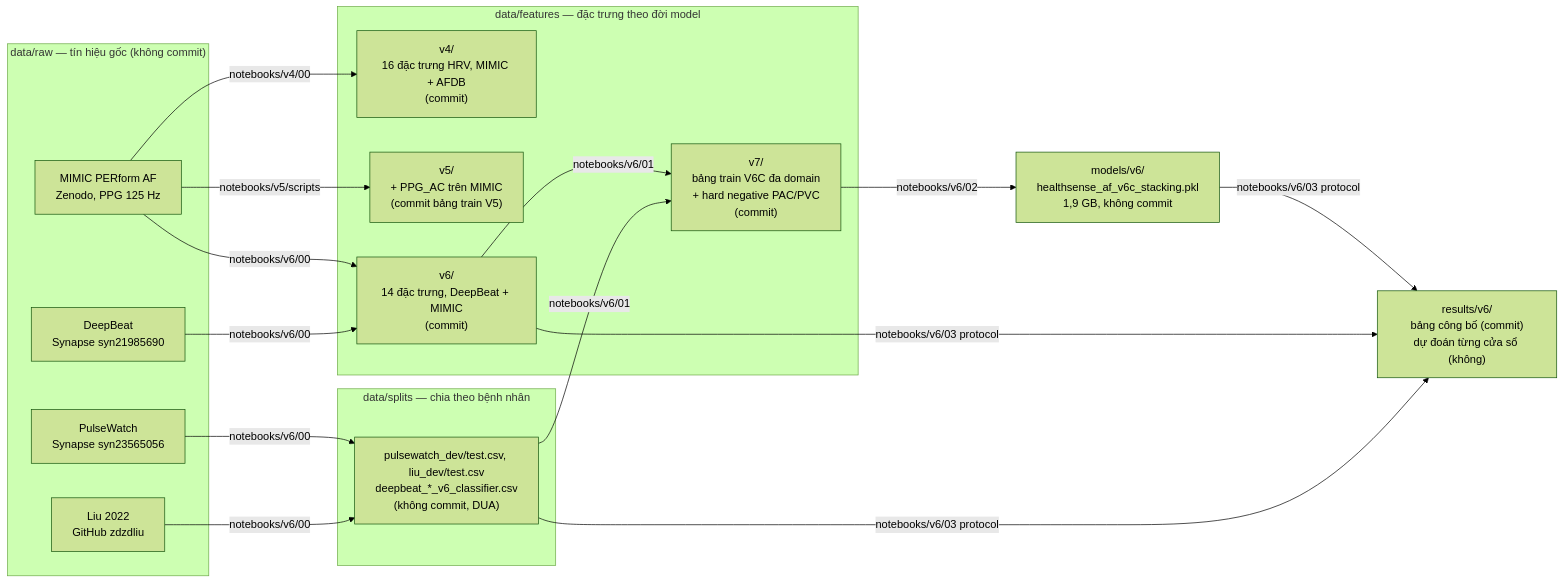
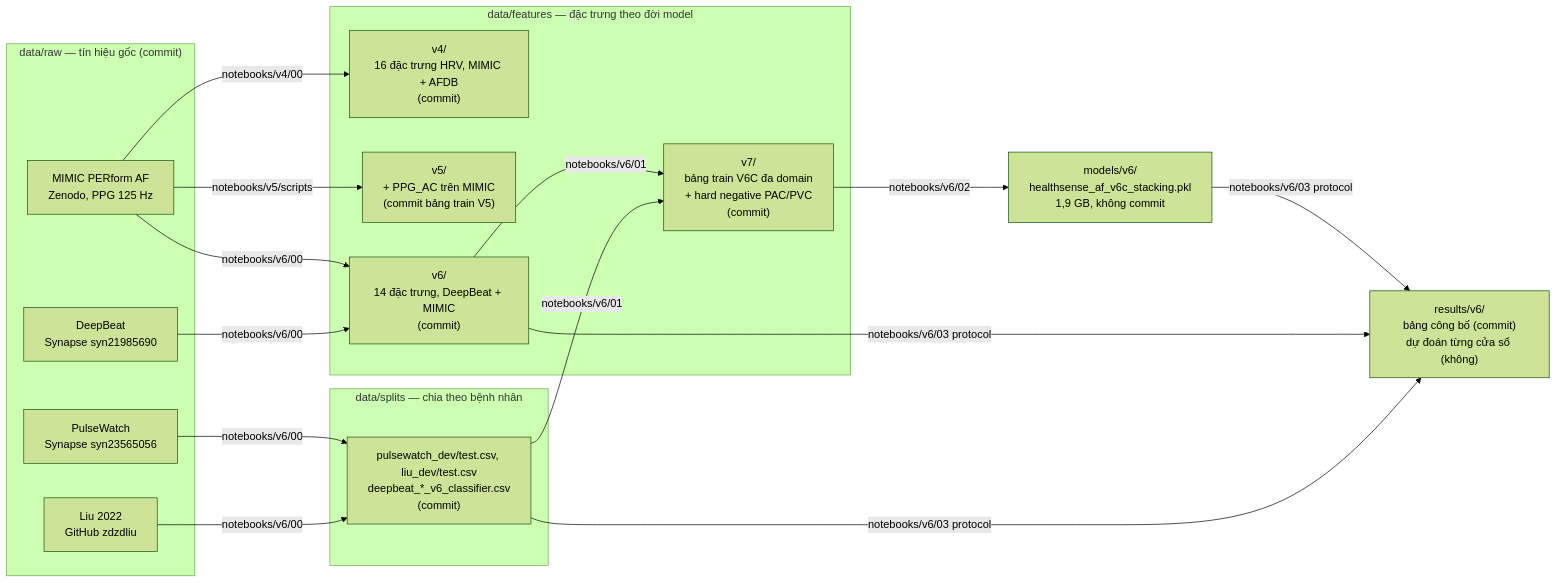
Before and after one commit to HealthSense-IUH/HealthSense-MachineLearning-Lab: the diagram in README.md, drawn with Mermaid (forest theme). The commit also changed other lines of this file and 89 other files, not shown here.

Commit message:
feat: add raw MIMIC-PERFORM dataset, feature files, data splits, and update configuration

````diff
--- a/README.md
+++ b/README.md
@@ -286,28 +286,28 @@
 ```mermaid
 flowchart LR
-    subgraph RAW["data/raw — tín hiệu gốc (không commit)"]
+    subgraph RAW["data/raw — tín hiệu gốc (commit)"]
         MIMIC["MIMIC PERform AF<br/>Zenodo, PPG 125 Hz"]
         DB["DeepBeat<br/>Synapse syn21985690"]
         PW["PulseWatch<br/>Synapse syn23565056"]
         LIU["Liu 2022<br/>GitHub zdzdliu"]
     end
 
     subgraph FEAT["data/features — đặc trưng theo đời model"]
         V4["v4/<br/>16 đặc trưng HRV, MIMIC + AFDB<br/>(commit)"]
         V5["v5/<br/>+ PPG_AC trên MIMIC<br/>(commit bảng train V5)"]
         V6["v6/<br/>14 đặc trưng, DeepBeat + MIMIC<br/>(commit)"]
         V7["v7/<br/>bảng train V6C đa domain<br/>+ hard negative PAC/PVC<br/>(commit)"]
     end
 
     subgraph SPLIT["data/splits — chia theo bệnh nhân"]
-        SP["pulsewatch_dev/test.csv, liu_dev/test.csv<br/>deepbeat_*_v6_classifier.csv<br/>(không commit, DUA)"]
+        SP["pulsewatch_dev/test.csv, liu_dev/test.csv<br/>deepbeat_*_v6_classifier.csv<br/>(commit)"]
     end
 
     MIMIC -->|notebooks/v4/00| V4
     MIMIC -->|notebooks/v5/scripts| V5
     MIMIC & DB -->|notebooks/v6/00| V6
     PW & LIU -->|notebooks/v6/00| SP
     V6 & SP -->|notebooks/v6/01| V7
     V7 -->|notebooks/v6/02| MODEL["models/v6/<br/>healthsense_af_v6c_stacking.pkl<br/>1,9 GB, không commit"]
     MODEL & V6 & SP -->|notebooks/v6/03 protocol| RES["results/v6/<br/>bảng công bố (commit)<br/>dự đoán từng cửa sổ (không)"]
 ```
````
